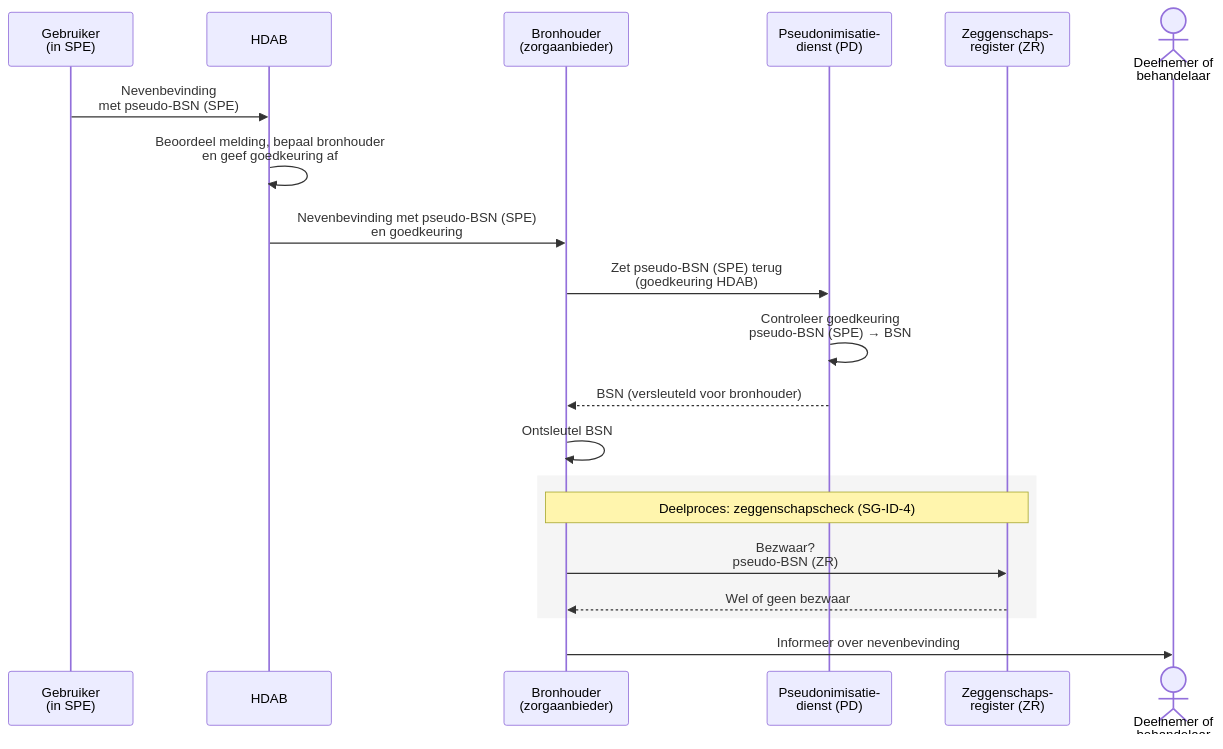
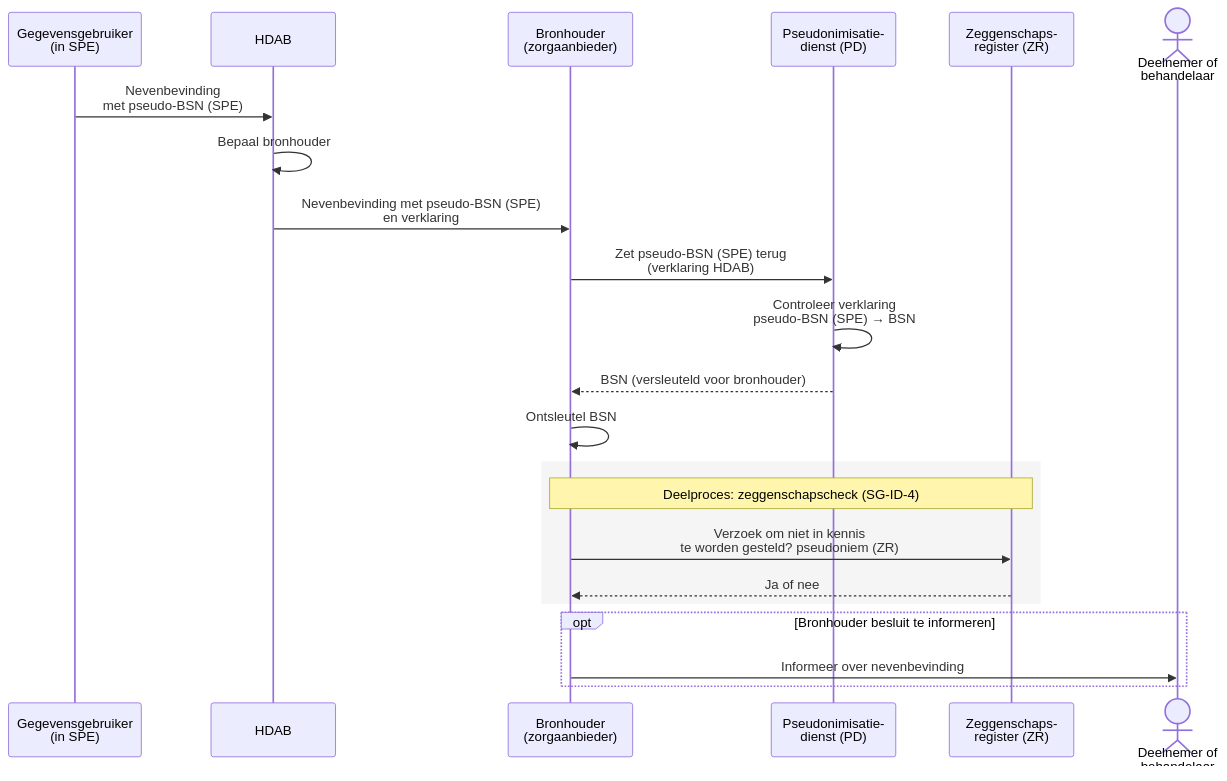
One commit to minvws/generiekefuncties-docs changed the eighth of 9 diagrams in input/pagecontent/identification-sg.md. Above: the diagram before and after it, drawn with Mermaid. The commit also changed other lines of this file and 2 other files, not shown here.

Commit message:
na review, met samenvatting

````diff
--- a/input/pagecontent/identification-sg.md
+++ b/input/pagecontent/identification-sg.md
@@ -352,23 +327,25 @@
 ```mermaid
 sequenceDiagram
-    participant spe as Gebruiker<br/>(in SPE)
+    participant spe as Gegevensgebruiker<br/>(in SPE)
     participant hdab as HDAB
     participant bron as Bronhouder<br/>(zorgaanbieder)
     participant pd as Pseudonimisatie-<br/>dienst (PD)
     participant zr as Zeggenschaps-<br/>register (ZR)
     actor deelnemer as Deelnemer of<br/>behandelaar
 
     spe->>hdab: Nevenbevinding<br/>met pseudo-BSN (SPE)
-    hdab->>hdab: Beoordeel melding, bepaal bronhouder<br/>en geef goedkeuring af
-    hdab->>bron: Nevenbevinding met pseudo-BSN (SPE)<br/>en goedkeuring
-    bron->>pd: Zet pseudo-BSN (SPE) terug<br/>(goedkeuring HDAB)
-    pd->>pd: Controleer goedkeuring<br/>pseudo-BSN (SPE) → BSN
+    hdab->>hdab: Bepaal bronhouder
+    hdab->>bron: Nevenbevinding met pseudo-BSN (SPE)<br/>en verklaring
+    bron->>pd: Zet pseudo-BSN (SPE) terug<br/>(verklaring HDAB)
+    pd->>pd: Controleer verklaring<br/>pseudo-BSN (SPE) → BSN
     pd-->>bron: BSN (versleuteld voor bronhouder)
     bron->>bron: Ontsleutel BSN
     rect rgb(245,245,245)
         note over bron,zr: Deelproces: zeggenschapscheck (SG-ID-4)
-        bron->>zr: Bezwaar?<br/>pseudo-BSN (ZR)
-        zr-->>bron: Wel of geen bezwaar
+        bron->>zr: Verzoek om niet in kennis<br/>te worden gesteld? pseudoniem (ZR)
+        zr-->>bron: Ja of nee
     end
-    bron->>deelnemer: Informeer over nevenbevinding
+    opt Bronhouder besluit te informeren
+        bron->>deelnemer: Informeer over nevenbevinding
+    end
 ```
````
